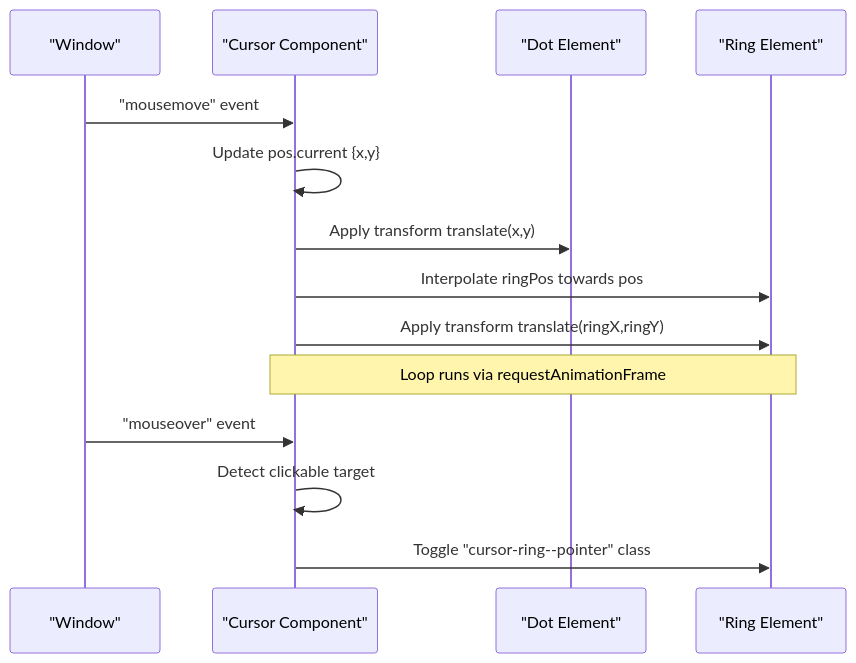
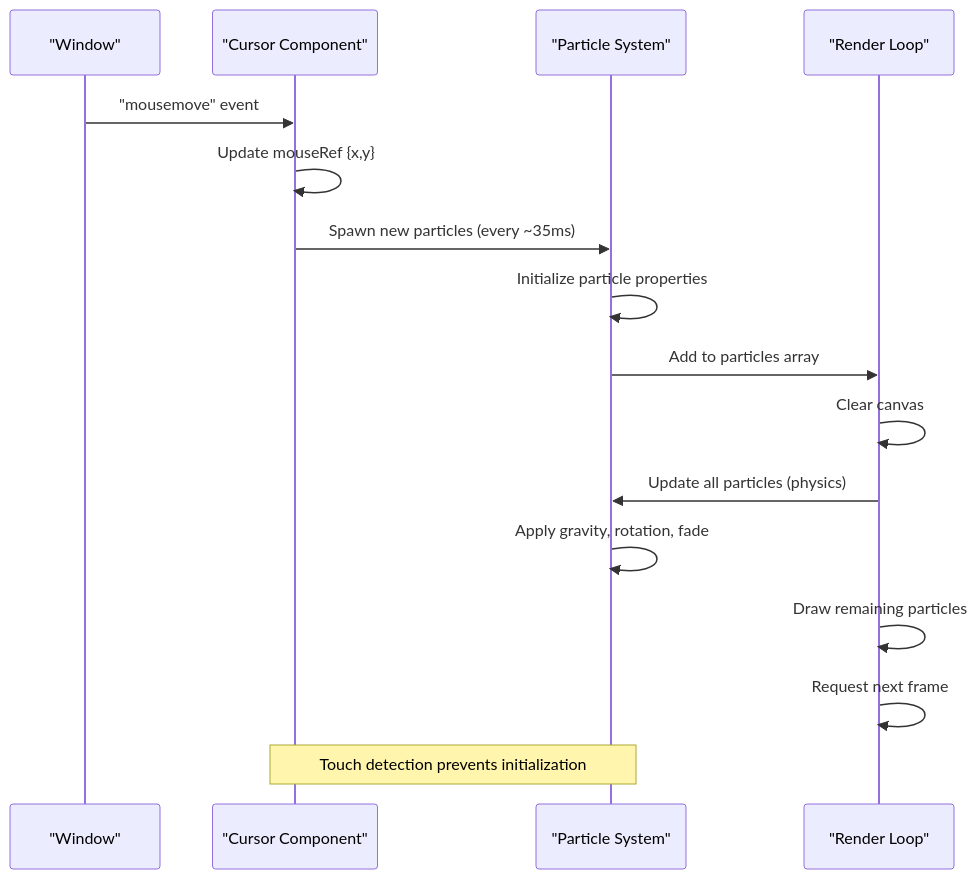
One commit to emaanfatima312005-wq/emaan-portfolio changed the second of 5 diagrams in .qoder/repowiki/en/content/Core Components/Custom Cursor Component.md. Above: the diagram before and after it, drawn with Mermaid. The commit also changed other lines of this file and 59 other files, not shown here.

````diff
--- a/.qoder/repowiki/en/content/Core Components/Custom Cursor Component.md
+++ b/.qoder/repowiki/en/content/Core Components/Custom Cursor Component.md
@@ -77,16 +78,18 @@
 ```mermaid
 sequenceDiagram
 participant W as "Window"
 participant C as "Cursor Component"
-participant D as "Dot Element"
-participant R as "Ring Element"
+participant P as "Particle System"
+participant R as "Render Loop"
 W->>C : "mousemove" event
-C->>C : Update pos.current {x,y}
-C->>D : Apply transform translate(x,y)
-C->>R : Interpolate ringPos towards pos
-C->>R : Apply transform translate(ringX,ringY)
-Note over C,R : Loop runs via requestAnimationFrame
-W->>C : "mouseover" event
-C->>C : Detect clickable target
-C->>R : Toggle "cursor-ring--pointer" class
+C->>C : Update mouseRef {x,y}
+C->>P : Spawn new particles (every ~35ms)
+P->>P : Initialize particle properties
+P->>R : Add to particles array
+R->>R : Clear canvas
+R->>P : Update all particles (physics)
+P->>P : Apply gravity, rotation, fade
+R->>R : Draw remaining particles
+R->>R : Request next frame
+Note over C,P : Touch detection prevents initialization
 ```
````
